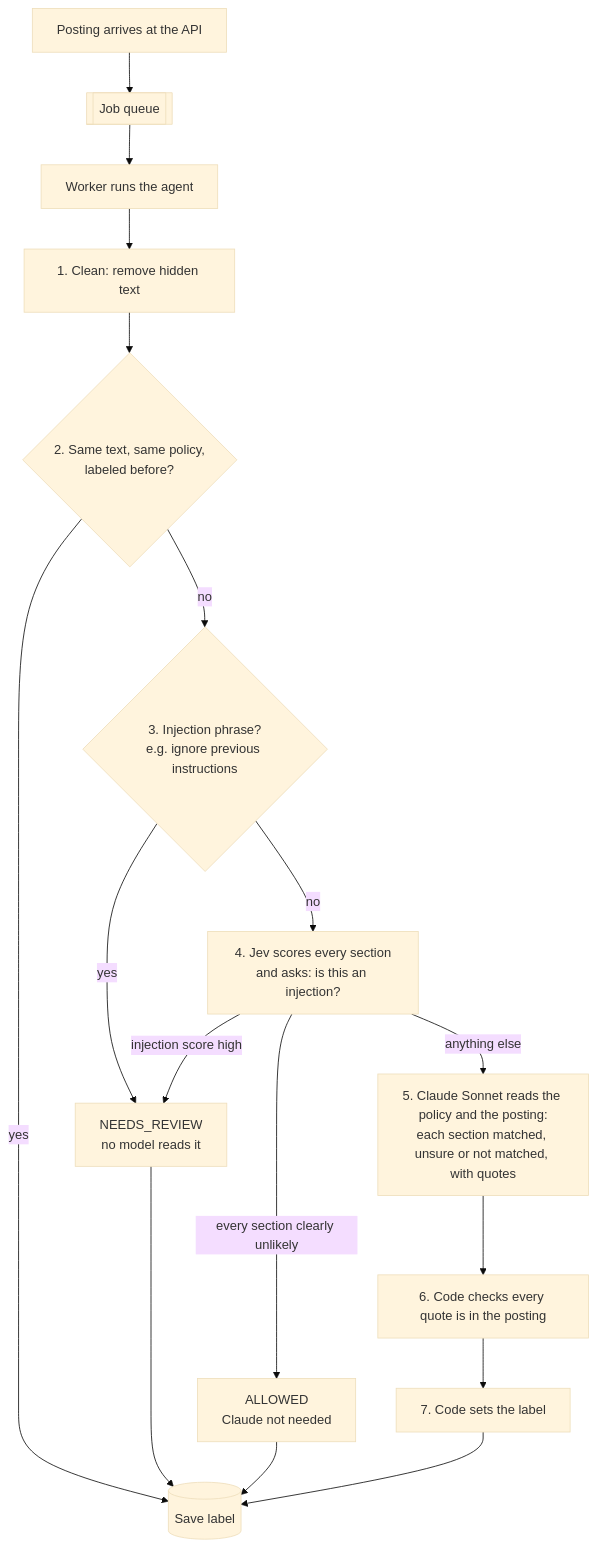
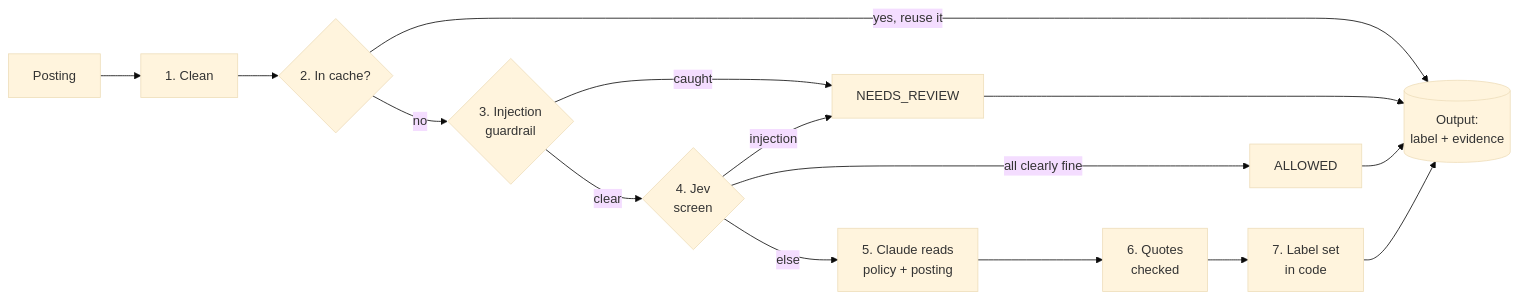
The first of 2 diagrams in README.md (phanhpp/labeling-agent), drawn with Mermaid (base theme) before and after one commit. The commit also changed other lines of this file, not shown here.

Commit message:
README: compact left-to-right labeling flow, injection guardrail, cache hit goes to the output

````diff
--- a/README.md
+++ b/README.md
@@ -73,18 +73,16 @@
 ```mermaid
-flowchart TB
-  P[Posting arrives at the API] --> Q[[Job queue]] --> W[Worker runs the agent]
-  W --> CL[1. Clean: remove hidden text]
-  CL --> CA{2. Same text, same policy,<br/>labeled before?}
-  CA -->|yes| S[(Save label)]
-  CA -->|no| PH{3. Injection phrase?<br/>e.g. ignore previous instructions}
-  PH -->|yes| R[NEEDS_REVIEW<br/>no model reads it]
-  PH -->|no| J[4. Jev scores every section<br/>and asks: is this an injection?]
-  J -->|injection score high| R
-  J -->|every section clearly unlikely| A[ALLOWED<br/>Claude not needed]
-  J -->|anything else| C[5. Claude Sonnet reads the policy and the posting:<br/>each section matched, unsure or not matched, with quotes]
-  C --> K[6. Code checks every quote is in the posting]
-  K --> D[7. Code sets the label]
-  A --> S
-  R --> S
-  D --> S
+flowchart LR
+  P[Posting] --> CL[1. Clean]
+  CL --> CA{2. In cache?}
+  CA -->|yes, reuse it| O[(Output:<br/>label + evidence)]
+  CA -->|no| G{3. Injection<br/>guardrail}
+  G -->|caught| R[NEEDS_REVIEW]
+  G -->|clear| J{4. Jev<br/>screen}
+  J -->|injection| R
+  J -->|all clearly fine| A[ALLOWED]
+  J -->|else| C[5. Claude reads<br/>policy + posting]
+  C --> K[6. Quotes<br/>checked] --> D[7. Label set<br/>in code]
+  A --> O
+  R --> O
+  D --> O
 ```
````
